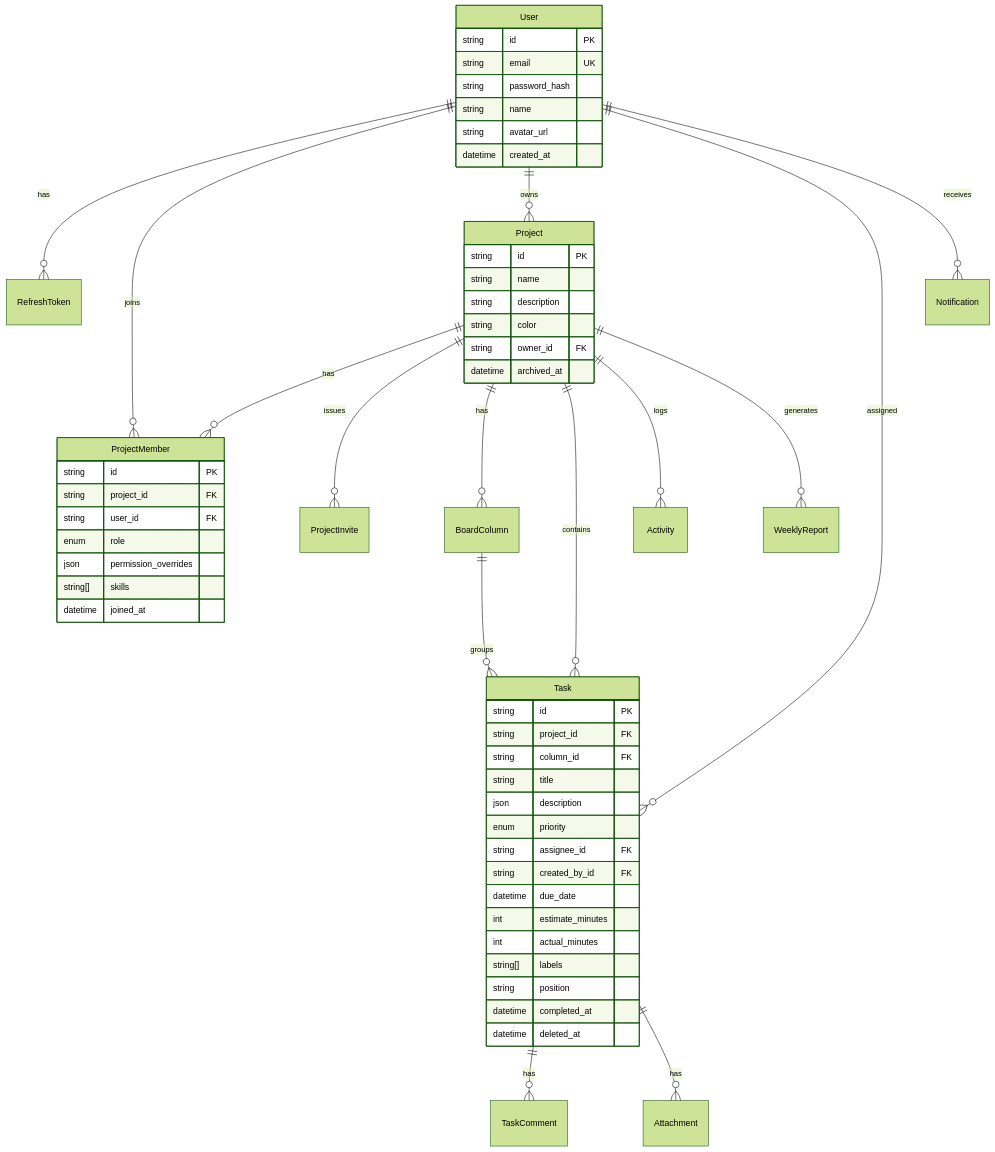
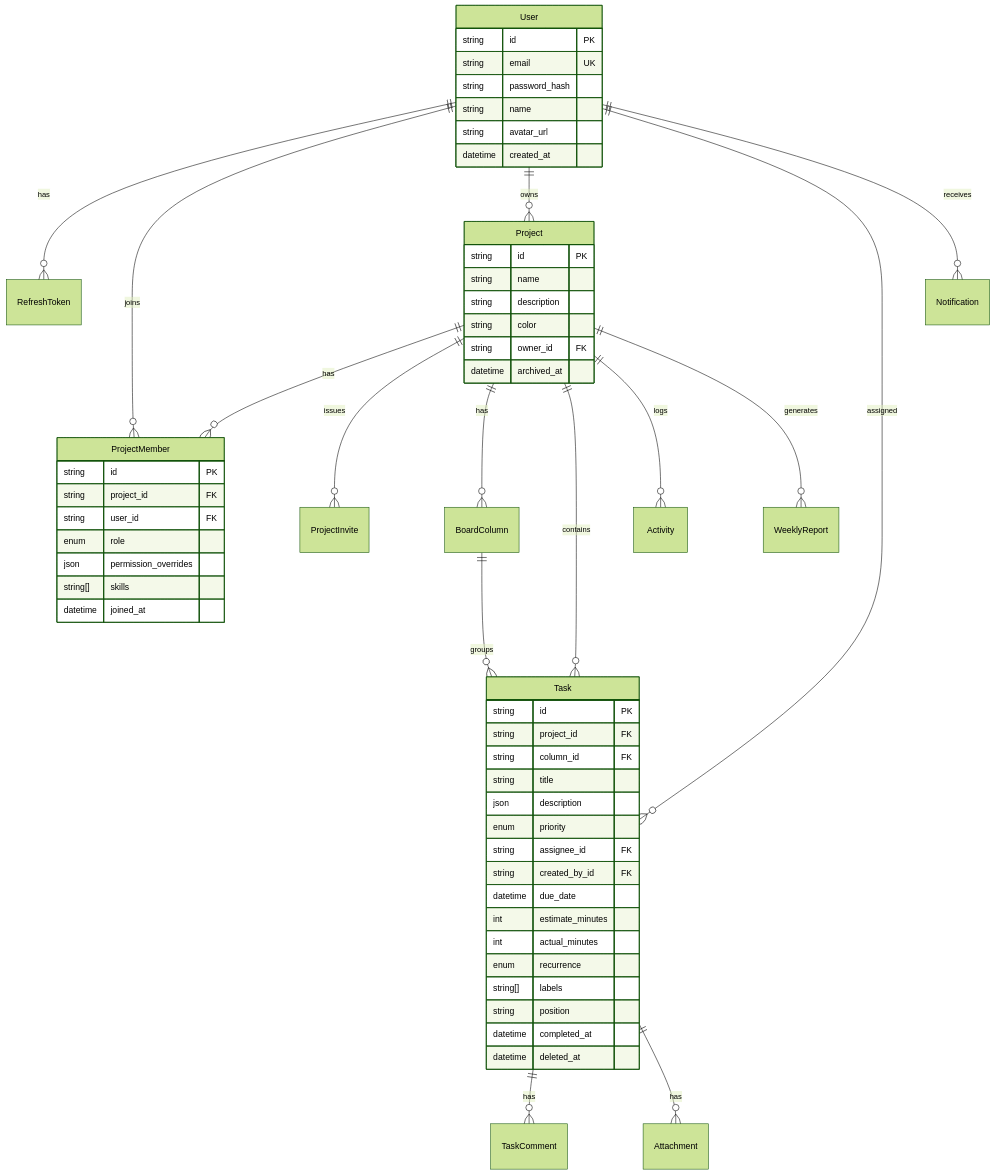
Before and after one commit to Y1X1n/TeamFlow: the diagram in docs/DATA_MODEL.md, drawn with Mermaid (forest theme). The commit also changed other lines of this file and 26 other files, not shown here.

````diff
--- a/docs/DATA_MODEL.md
+++ b/docs/DATA_MODEL.md
@@ -9,60 +9,61 @@
 ```mermaid
 erDiagram
     User ||--o{ RefreshToken : has
     User ||--o{ ProjectMember : joins
     User ||--o{ Project : owns
     User ||--o{ Task : assigned
     User ||--o{ Notification : receives
     Project ||--o{ ProjectMember : has
     Project ||--o{ ProjectInvite : issues
     Project ||--o{ BoardColumn : has
     Project ||--o{ Task : contains
     Project ||--o{ Activity : logs
     Project ||--o{ WeeklyReport : generates
     BoardColumn ||--o{ Task : groups
     Task ||--o{ TaskComment : has
     Task ||--o{ Attachment : has
 
     User {
       string id PK
       string email UK
       string password_hash
       string name
       string avatar_url
       datetime created_at
     }
     Project {
       string id PK
       string name
       string description
       string color
       string owner_id FK
       datetime archived_at
     }
     ProjectMember {
       string id PK
       string project_id FK
       string user_id FK
       enum role
       json permission_overrides
       string[] skills
       datetime joined_at
     }
     Task {
       string id PK
       string project_id FK
       string column_id FK
       string title
       json description
       enum priority
       string assignee_id FK
       string created_by_id FK
       datetime due_date
       int estimate_minutes
       int actual_minutes
+      enum recurrence
       string[] labels
       string position
       datetime completed_at
       datetime deleted_at
     }
 ```
````
